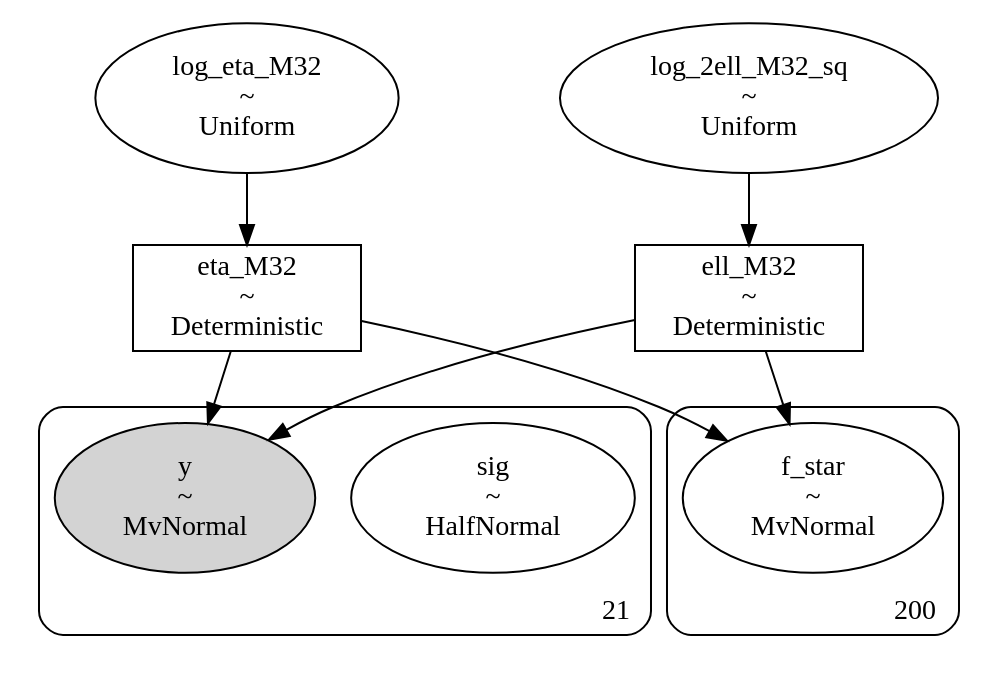
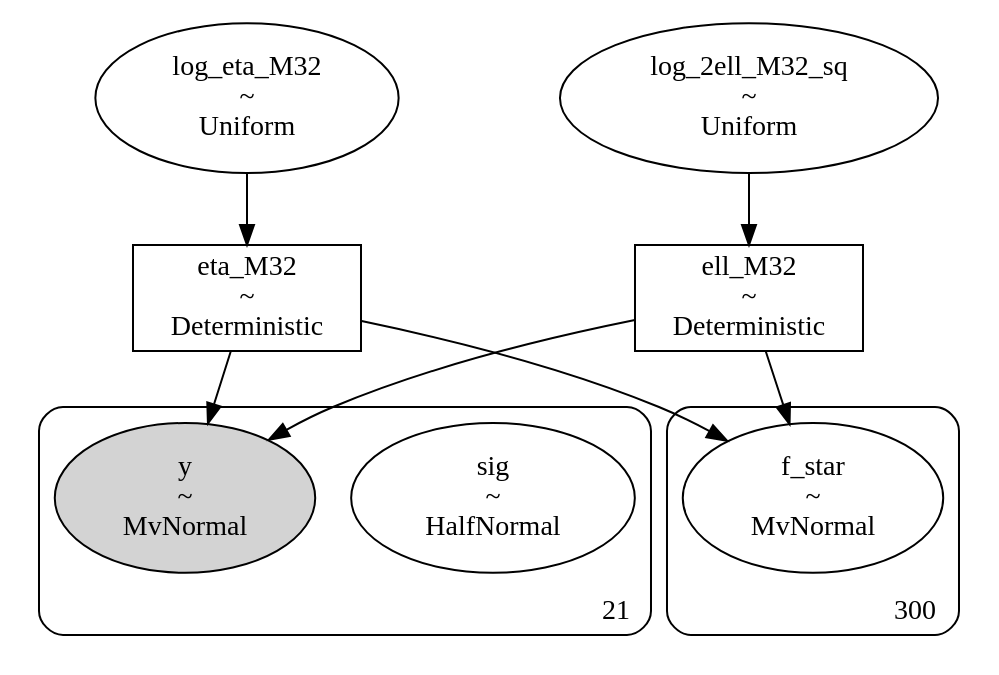
Before and after one commit to shihchingfu/gp-sandbox-thunderkat: the diagram in dags/428_ra236.530_dec-46.922_4U1543TraPDB_andersson_m32_dag.dot, drawn with Graphviz. The commit also changed 11 other files, not shown here.

```diff
--- a/dags/428_ra236.530_dec-46.922_4U1543TraPDB_andersson_m32_dag.dot
+++ b/dags/428_ra236.530_dec-46.922_4U1543TraPDB_andersson_m32_dag.dot
@@ -1,35 +1,35 @@
 digraph {
-	log_2ell_M32_sq [label="log_2ell_M32_sq
+	log_eta_M32 [label="log_eta_M32
 ~
 Uniform" shape=ellipse]
 	eta_M32 [label="eta_M32
 ~
 Deterministic" shape=box]
 	ell_M32 [label="ell_M32
 ~
 Deterministic" shape=box]
-	log_eta_M32 [label="log_eta_M32
+	log_2ell_M32_sq [label="log_2ell_M32_sq
 ~
 Uniform" shape=ellipse]
 	subgraph cluster21 {
 		sig [label="sig
 ~
 HalfNormal" shape=ellipse]
 		y [label="y
 ~
 MvNormal" shape=ellipse style=filled]
 		label=21 labeljust=r labelloc=b style=rounded
 	}
-	subgraph cluster200 {
+	subgraph cluster300 {
 		f_star [label="f_star
 ~
 MvNormal" shape=ellipse]
-		label=200 labeljust=r labelloc=b style=rounded
+		label=300 labeljust=r labelloc=b style=rounded
 	}
 	log_2ell_M32_sq -> ell_M32
 	log_eta_M32 -> eta_M32
 	eta_M32 -> y
 	ell_M32 -> y
 	eta_M32 -> f_star
 	ell_M32 -> f_star
 }
```
